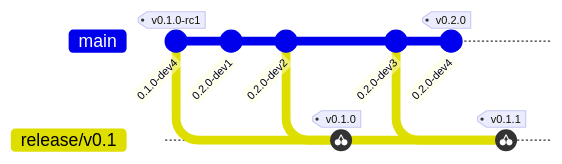
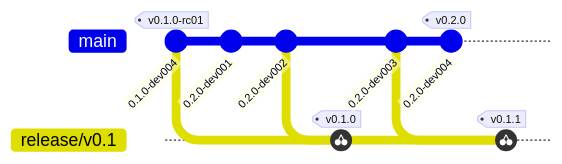
Diagram 14 of 14 in docs/sdk-versioning.md (tomtom-international/commisery-action), drawn with Mermaid before and after one commit. The commit also changed other lines of this file, not shown here.

````diff
--- a/docs/sdk-versioning.md
+++ b/docs/sdk-versioning.md
@@ -576,15 +576,15 @@
 ```mermaid
 gitGraph
-  commit id: "0.1.0-dev4" tag: "v0.1.0-rc1"
+  commit id: "0.1.0-dev004" tag: "v0.1.0-rc01"
   branch release/v0.1
   checkout main
-  commit id: "0.2.0-dev1"
-  commit id: "0.2.0-dev2"
+  commit id: "0.2.0-dev001"
+  commit id: "0.2.0-dev002"
   checkout release/v0.1
-  cherry-pick id: "0.2.0-dev2" tag: "v0.1.0"
+  cherry-pick id: "0.2.0-dev002" tag: "v0.1.0"
   checkout main
-  commit id: "0.2.0-dev3"
-  commit id: "0.2.0-dev4" tag: "v0.2.0"
+  commit id: "0.2.0-dev003"
+  commit id: "0.2.0-dev004" tag: "v0.2.0"
   checkout release/v0.1
-  cherry-pick id: "0.2.0-dev3" tag: "v0.1.1"
+  cherry-pick id: "0.2.0-dev003" tag: "v0.1.1"
 ```
````
